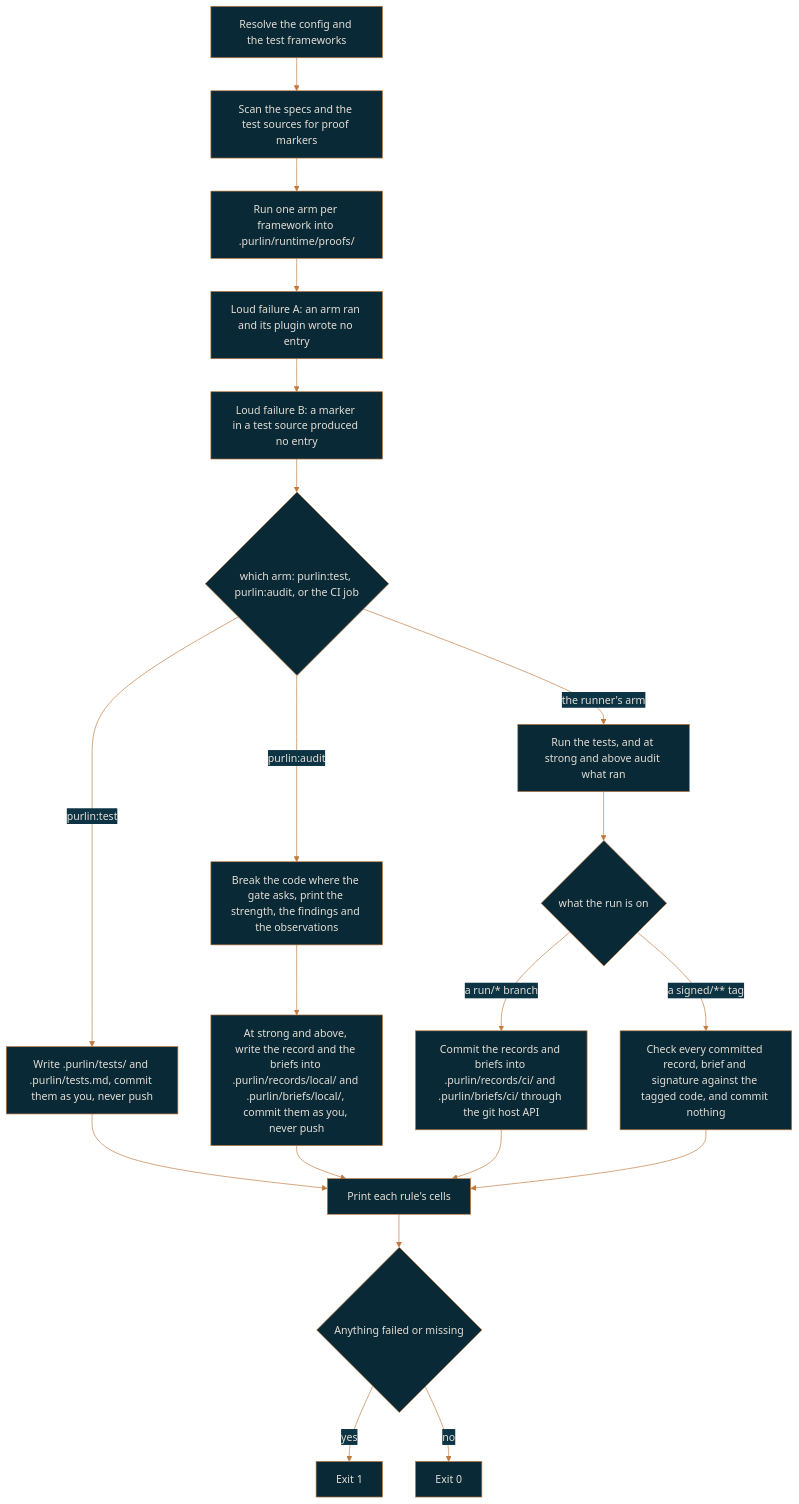
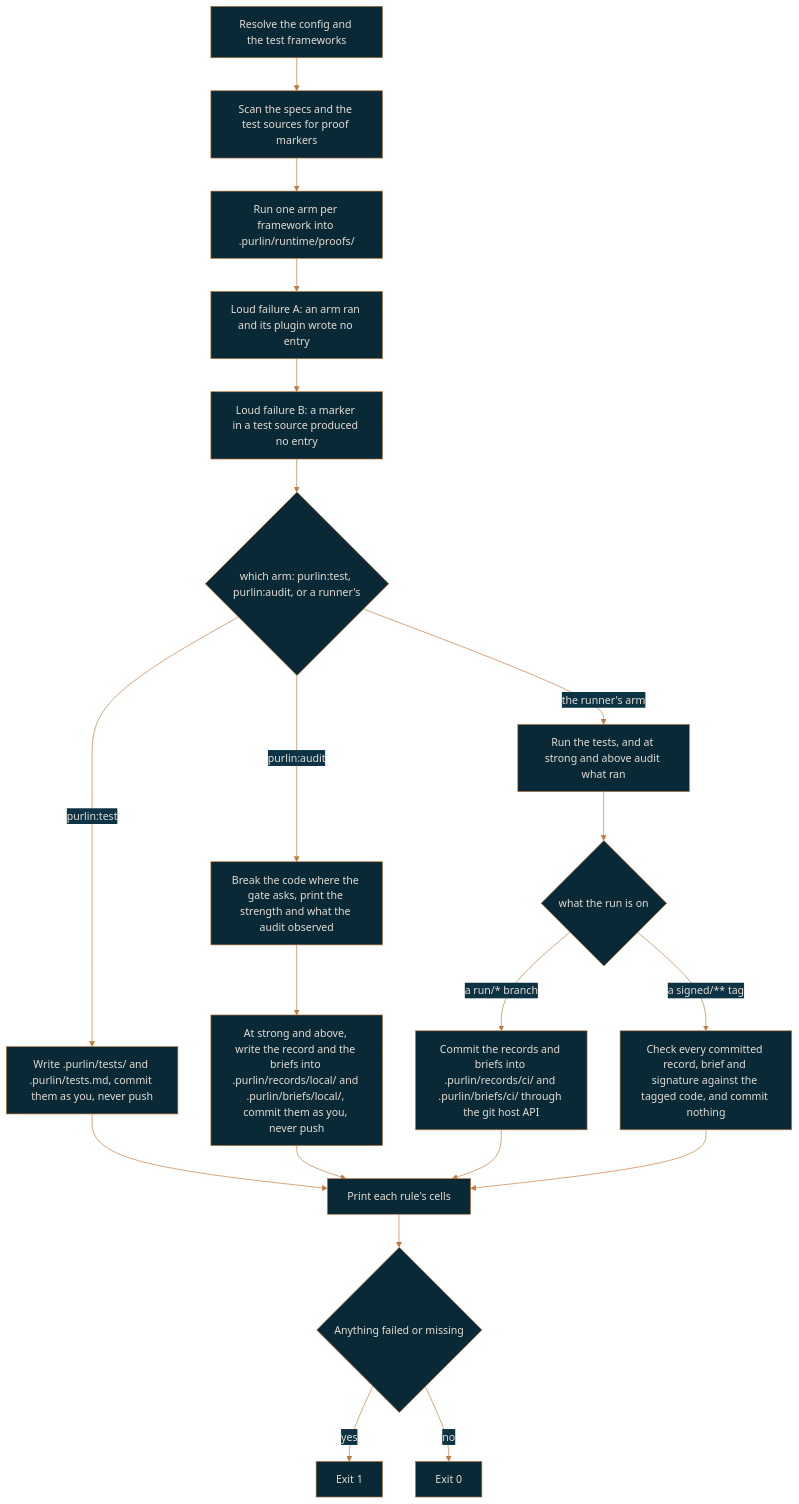
The diagram in docs/running-and-records.md (rlabarca/purlin), drawn with Mermaid before and after one commit. The commit also changed 4 other files, not shown here.

````diff
--- a/docs/running-and-records.md
+++ b/docs/running-and-records.md
@@ -106,23 +106,23 @@
 ```mermaid
 %%{init: {"theme": "base", "themeVariables": {"background": "#0C3444", "primaryColor": "#092936", "primaryTextColor": "#E4DDD4", "primaryBorderColor": "#C0793F", "lineColor": "#C0793F", "secondaryColor": "#0C3444", "tertiaryColor": "#092936", "fontFamily": "Arial", "textColor": "#E4DDD4"}}}%%
 flowchart TD
   A[Resolve the config and the test frameworks] --> B[Scan the specs and the test sources for proof markers]
   B --> C[Run one arm per framework into .purlin/runtime/proofs/]
   C --> D[Loud failure A: an arm ran and its plugin wrote no entry]
   D --> E[Loud failure B: a marker in a test source produced no entry]
-  E --> F{"which arm: purlin:test, purlin:audit, or the CI job"}
+  E --> F{"which arm: purlin:test, purlin:audit, or a runner's"}
   F -- "purlin:test" --> T1["Write .purlin/tests/ and .purlin/tests.md, commit them as you, never push"]
-  F -- "purlin:audit" --> A1["Break the code where the gate asks, print the strength, the findings and the observations"]
+  F -- "purlin:audit" --> A1["Break the code where the gate asks, print the strength and what the audit observed"]
   A1 --> A2["At strong and above, write the record and the briefs into .purlin/records/local/ and .purlin/briefs/local/, commit them as you, never push"]
   F -- "the runner's arm" --> H["Run the tests, and at strong and above audit what ran"]
   H --> Ci{"what the run is on"}
   Ci -->|"a run/* branch"| I2["Commit the records and briefs into .purlin/records/ci/ and .purlin/briefs/ci/ through the git host API"]
   Ci -->|"a signed/** tag"| I3["Check every committed record, brief and signature against the tagged code, and commit nothing"]
   T1 --> G["Print each rule's cells"]
   A2 --> G
   I2 --> G
   I3 --> G
   G --> J{Anything failed or missing}
   J -- yes --> K[Exit 1]
   J -- no --> L[Exit 0]
 ```
````
